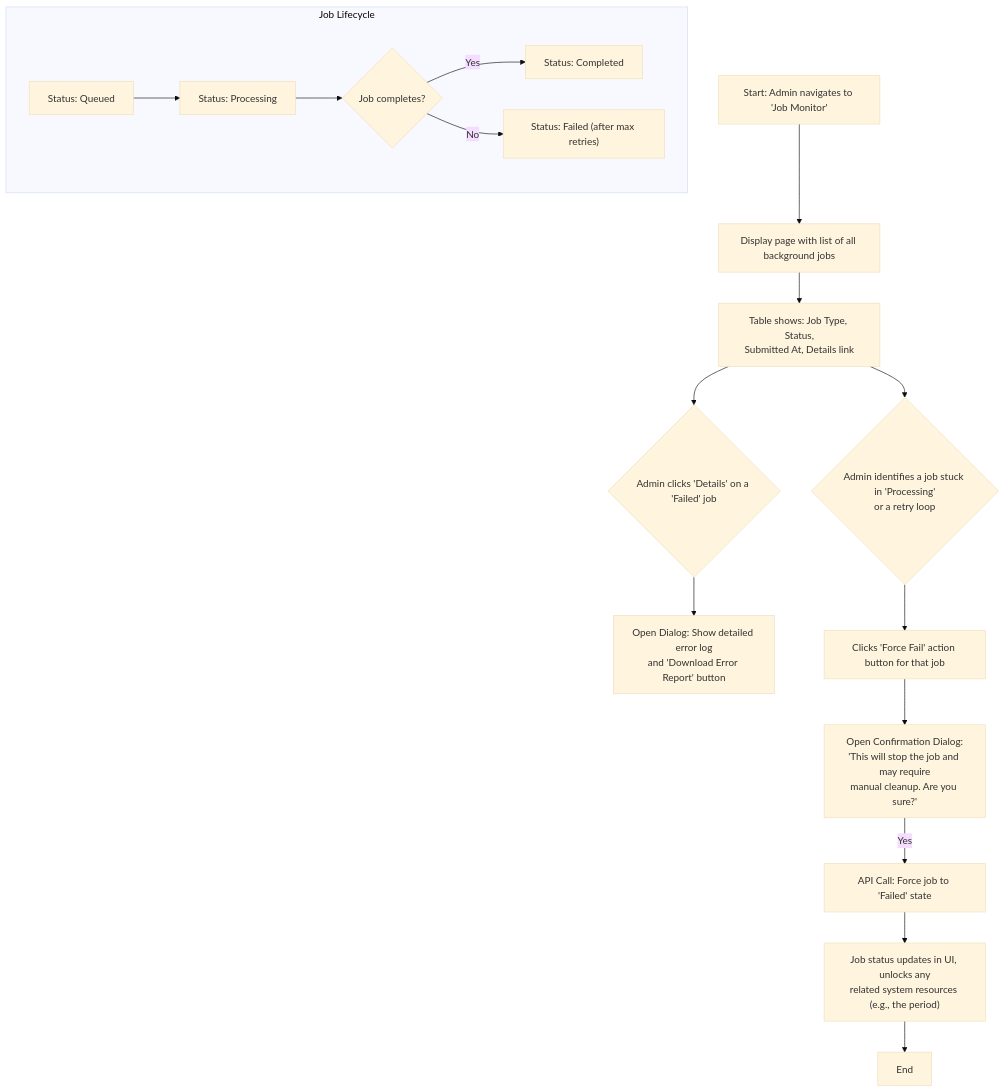
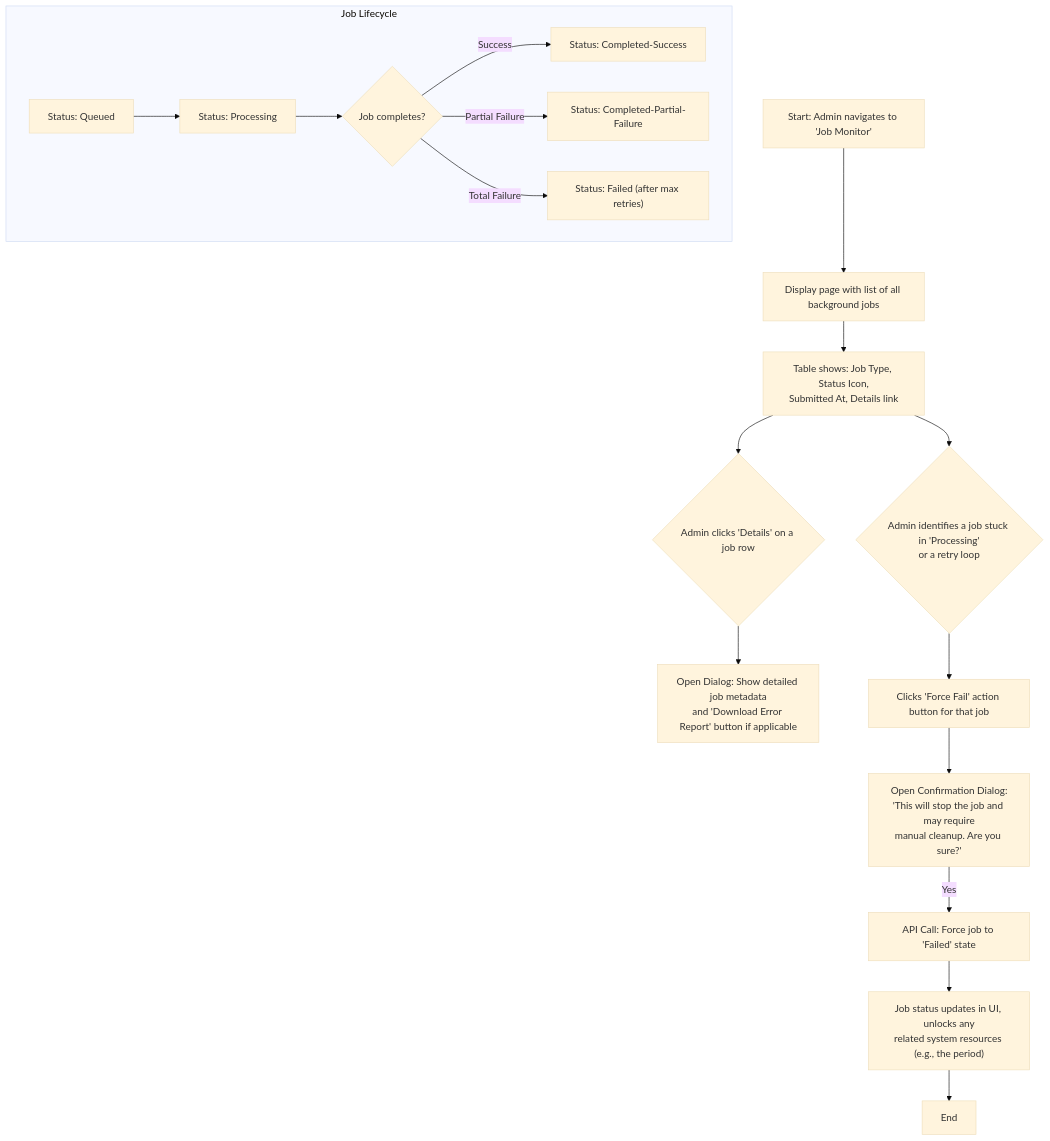
Diagram 14 of 17 in docs/front-end-spec.md (HunterKart/proficiency-faculty-evaluation), drawn with Mermaid (base theme) before and after one commit. The commit also changed other lines of this file, not shown here.

First line of the commit message:
Refined Background Job Monitoring User Flow

````diff
--- a/docs/front-end-spec.md
+++ b/docs/front-end-spec.md
@@ -661,22 +662,23 @@
 ```mermaid
 flowchart TD
     A[Start: Admin navigates to 'Job Monitor'] --> B[Display page with list of all background jobs];
-    B --> C["Table shows: Job Type, Status,<br/>Submitted At, Details link"];
+    B --> C["Table shows: Job Type, Status Icon,<br/>Submitted At, Details link"];
 
     subgraph Job Lifecycle
         D["Status: Queued"] --> E["Status: Processing"];
         E --> F{"Job completes?"};
-        F -- Yes --> G["Status: Completed"];
-        F -- No --> H["Status: Failed (after max retries)"];
+        F -- "Success" --> G["Status: Completed-Success"];
+        F -- "Partial Failure" --> G_Partial["Status: Completed-Partial-Failure"];
+        F -- "Total Failure" --> H["Status: Failed (after max retries)"];
     end
 
-    C --> I{Admin clicks 'Details' on a 'Failed' job};
-    I --> J[Open Dialog: Show detailed error log<br/>and 'Download Error Report' button];
+    C --> I{Admin clicks 'Details' on a job row};
+    I --> J[Open Dialog: Show detailed job metadata<br/>and 'Download Error Report' button if applicable];
 
     C --> K{Admin identifies a job stuck in 'Processing'<br/>or a retry loop};
     K --> L[Clicks 'Force Fail' action button for that job];
     L --> M[Open Confirmation Dialog:<br/>'This will stop the job and may require<br/>manual cleanup. Are you sure?'];
     M -- Yes --> N[API Call: Force job to 'Failed' state];
     N --> O["Job status updates in UI, unlocks any<br/>related system resources (e.g., the period)"];
     O --> P[End];
 ```
````
